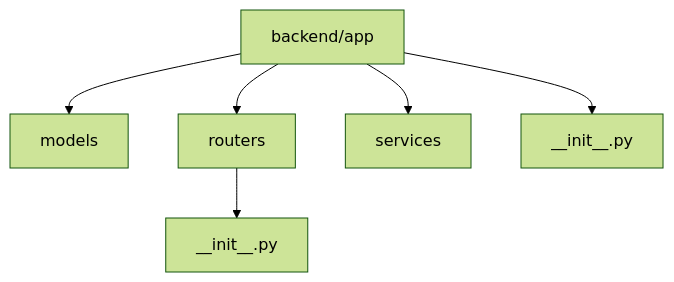
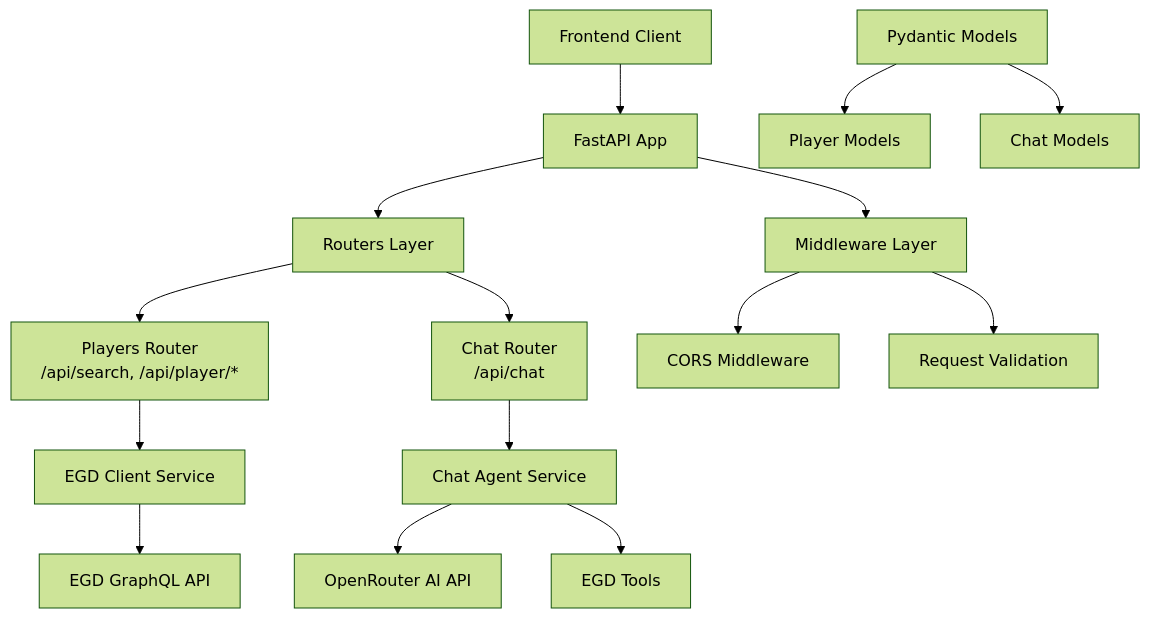
Before and after one commit to Ragnar1999/GoNow: the first of 2 diagrams in .qoder/repowiki/en/content/API Development Guide/API Development Guide.md, drawn with Mermaid (forest theme). The commit also changed other lines of this file and 6 other files, not shown here.

````diff
--- a/.qoder/repowiki/en/content/API Development Guide/API Development Guide.md
+++ b/.qoder/repowiki/en/content/API Development Guide/API Development Guide.md
@@ -30,8 +48,17 @@
 ```mermaid
 graph TB
-A["backend/app"] --> B["models"]
-A --> C["routers"]
-A --> D["services"]
-C --> E["__init__.py"]
-A --> F["__init__.py"]
+A["FastAPI App"] --> B["Routers Layer"]
+A --> C["Middleware Layer"]
+B --> D["Players Router<br/>/api/search, /api/player/*"]
+B --> E["Chat Router<br/>/api/chat"]
+C --> F["CORS Middleware"]
+C --> G["Request Validation"]
+D --> H["EGD Client Service"]
+E --> I["Chat Agent Service"]
+H --> J["EGD GraphQL API"]
+I --> K["OpenRouter AI API"]
+I --> L["EGD Tools"]
+M["Pydantic Models"] --> N["Player Models"]
+M --> O["Chat Models"]
+P["Frontend Client"] --> A
 ```
````
